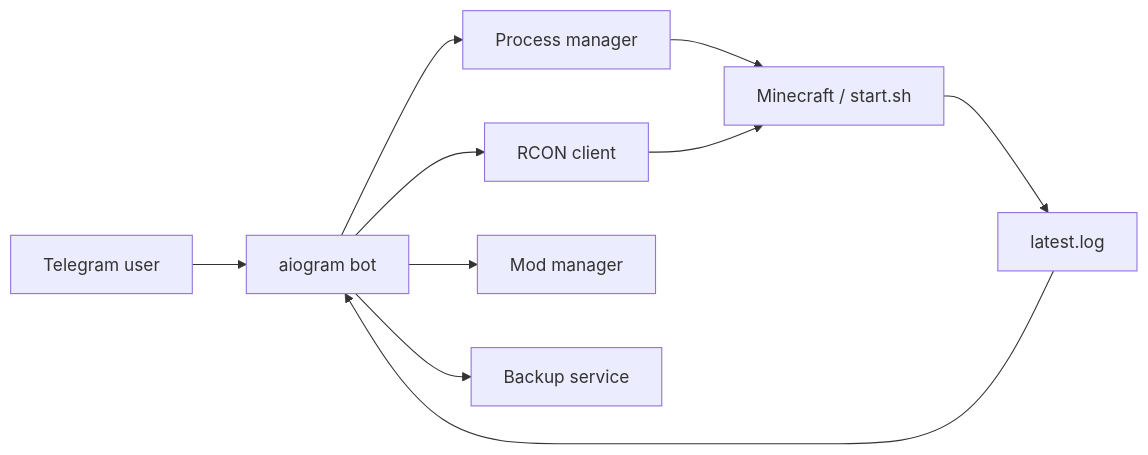
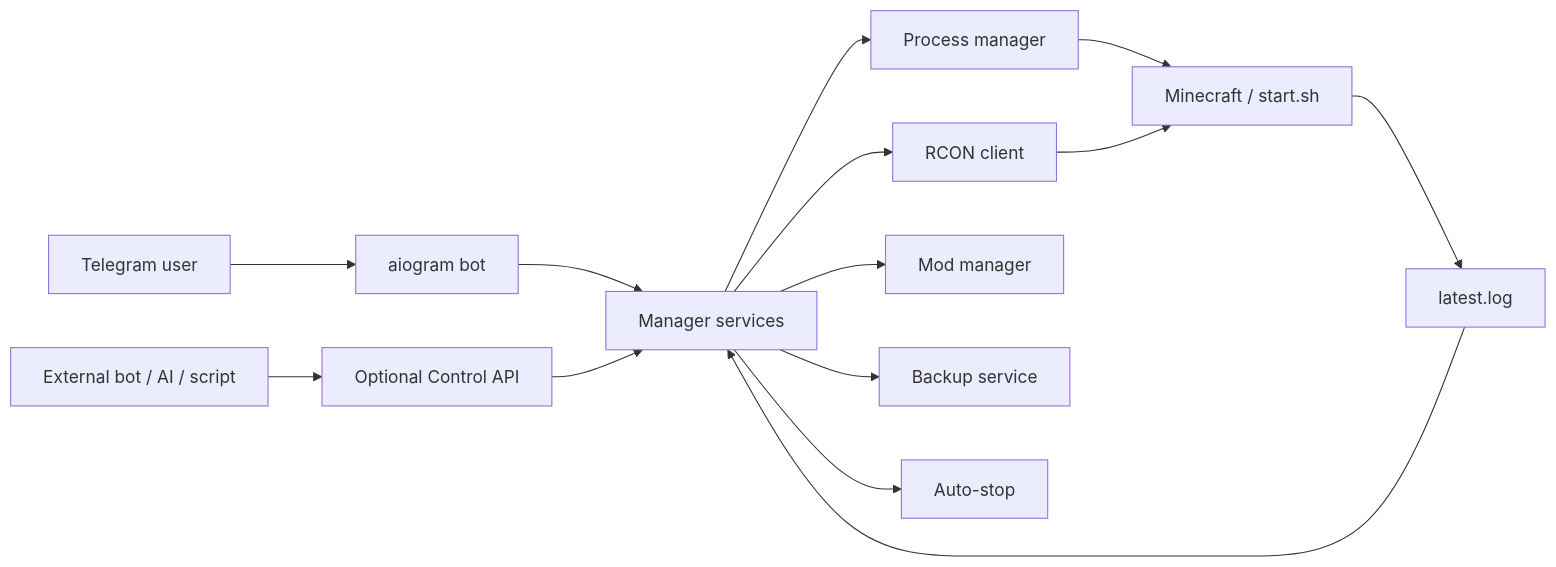
Before and after one commit to sqwiziiy/Telegram-Minecraft-Server-Manager: the diagram in README.md, drawn with Mermaid. The commit also changed other lines of this file, not shown here.

Commit message:
docs: separate core manager from optional external API

````diff
--- a/README.md
+++ b/README.md
@@ -41,12 +43,16 @@
 ```mermaid
 flowchart LR
     TG[Telegram user] --> BOT[aiogram bot]
-    BOT --> PM[Process manager]
-    BOT --> RCON[RCON client]
-    BOT --> MODS[Mod manager]
-    BOT --> BACKUP[Backup service]
+    EXT[External bot / AI / script] --> API[Optional Control API]
+    BOT --> CORE[Manager services]
+    API --> CORE
+    CORE --> PM[Process manager]
+    CORE --> RCON[RCON client]
+    CORE --> MODS[Mod manager]
+    CORE --> BACKUP[Backup service]
+    CORE --> AUTO[Auto-stop]
     PM --> MC[Minecraft / start.sh]
     RCON --> MC
     MC --> LOG[latest.log]
-    LOG --> BOT
+    LOG --> CORE
 ```
````
